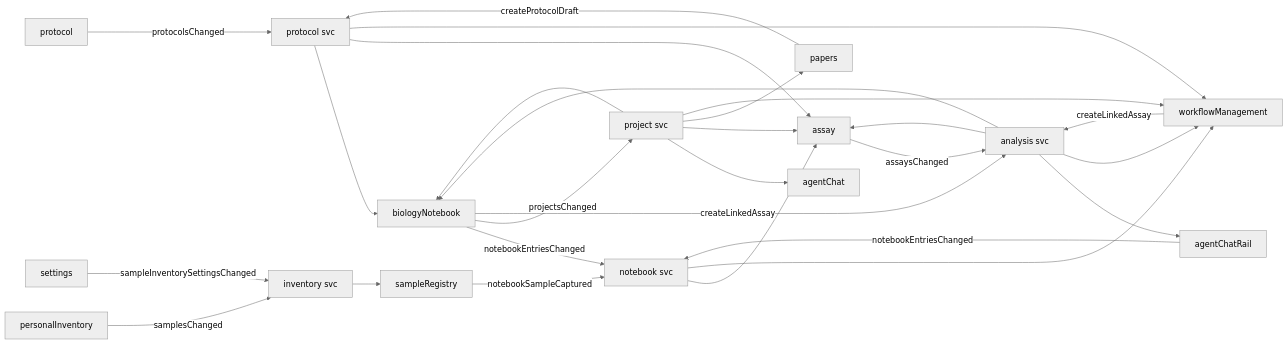
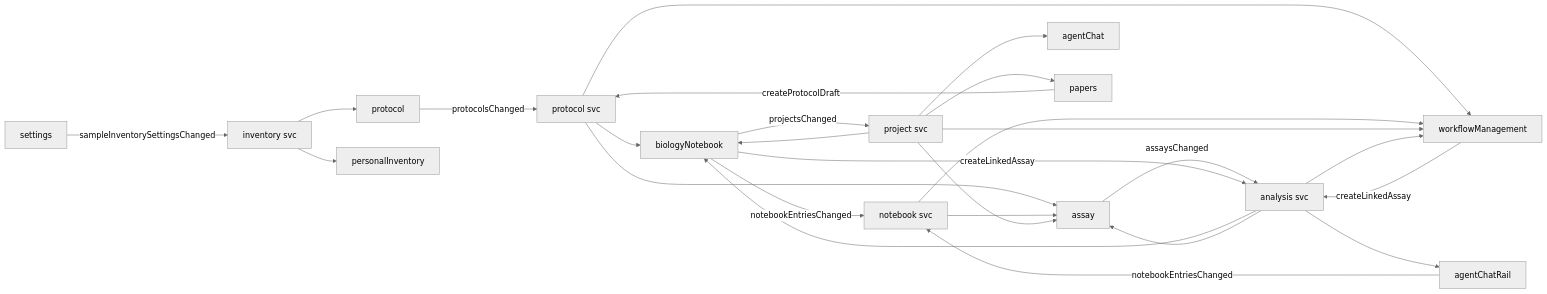
One commit to HinaShirosaki/Hikari changed the fifth of 5 diagrams in Architecture.md. Above: the diagram before and after it, drawn with Mermaid (neutral theme). The commit also changed other lines of this file and 314 other files, not shown here.

````diff
--- a/Architecture.md
+++ b/Architecture.md
@@ -287,13 +287,11 @@
 ```mermaid
 flowchart LR
   protocol -- "protocolsChanged" --> P[protocol svc] --> biologyNotebook & assay & workflowManagement
   biologyNotebook -- "notebookEntriesChanged" --> N[notebook svc] --> assay & workflowManagement
   biologyNotebook -- "projectsChanged" --> J[project svc] --> agentChat & assay & papers & workflowManagement & biologyNotebook
   assay -- "assaysChanged" --> A[analysis svc] --> agentChatRail & biologyNotebook & workflowManagement
-  personalInventory -- "samplesChanged" --> I[inventory svc] --> sampleRegistry
-  settings -- "sampleInventorySettingsChanged" --> I
-  sampleRegistry -- "notebookSampleCaptured" --> N
+  settings -- "sampleInventorySettingsChanged" --> I[inventory svc] --> personalInventory & protocol
   agentChatRail -- "notebookEntriesChanged" --> N
   papers -- "createProtocolDraft" --> P
   biologyNotebook & workflowManagement -- "createLinkedAssay" --> A --> assay
 ```
````
